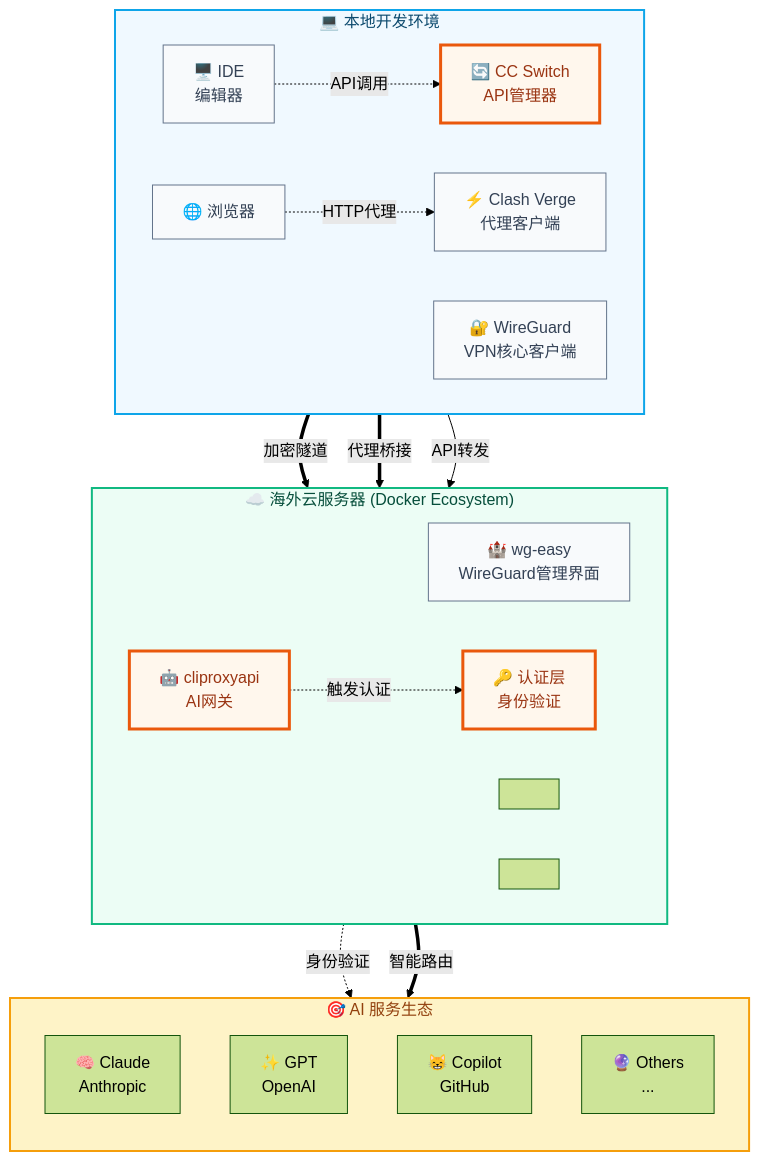
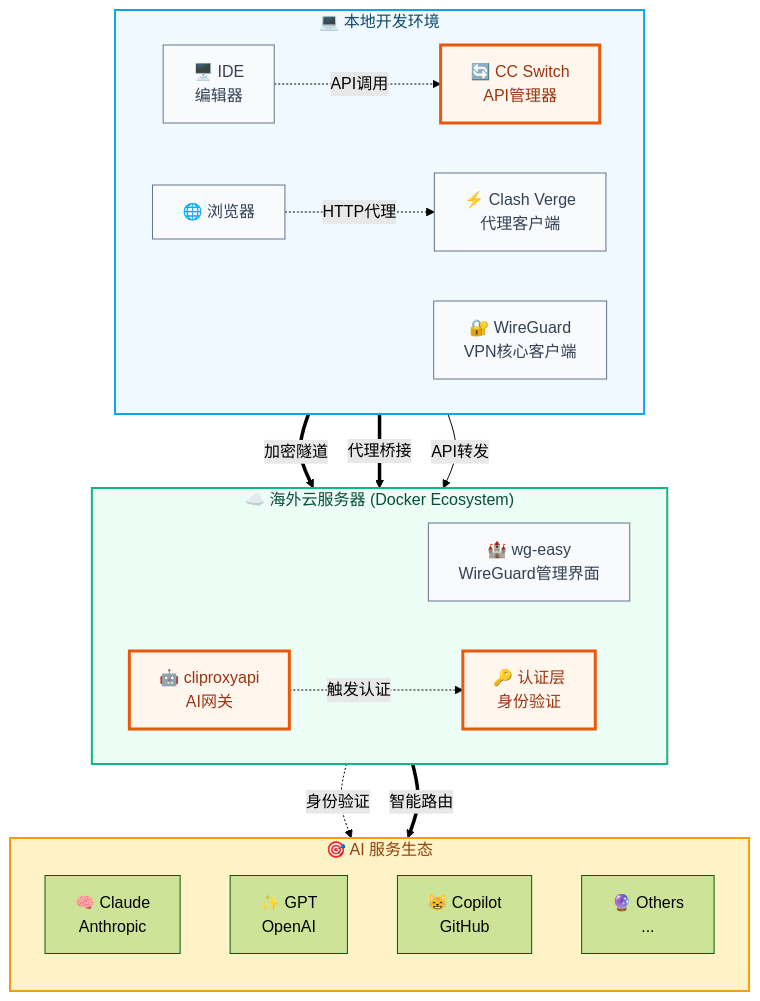
The diagram in docs/_posts/overseas-dev-environment.md (zhaofutao04/zblog), drawn with Mermaid (forest theme) before and after one commit.

````diff
--- a/docs/_posts/overseas-dev-environment.md
+++ b/docs/_posts/overseas-dev-environment.md
@@ -40,62 +40,60 @@
 ```mermaid
 flowchart TB
 
     %% ========== 本地开发环境 ==========
     subgraph Local["💻 本地开发环境"]
         direction LR
         IDE["🖥️ IDE<br/>编辑器"]
         Browser["🌐 浏览器"]
         CCSwitch["🔄 CC Switch<br/>API管理器"]
         Clash["⚡ Clash Verge<br/>代理客户端"]
         WGClient["🔐 WireGuard<br/>VPN核心客户端"]
     end
 
     %% ========== 海外云服务器 ==========
     subgraph Cloud["☁️ 海外云服务器 (Docker Ecosystem)"]
         direction LR
         WGServer["🏰 wg-easy<br/>WireGuard管理界面"]
         ApiGateway["🤖 cliproxyapi<br/>AI网关"]
         AuthLayer["🔑 认证层<br/>身份验证"]
-        CloudSpacer1[" "]
-        CloudSpacer2[" "]
     end
 
     %% ========== AI 服务生态 ==========
     subgraph AIEcosystem["🎯 AI 服务生态"]
         direction TB
         Claude["🧠 Claude<br/>Anthropic"]
         OpenAI["✨ GPT<br/>OpenAI"]
         Copilot["😸 Copilot<br/>GitHub"]
         Others["🔮 Others<br/>..."]
     end
 
     %% ========== 连接关系 ==========
     %% 开发层连接
     IDE -.->|API调用| CCSwitch
     Browser -.->|HTTP代理| Clash
 
     %% 网络层连接
     WGClient ==>|加密隧道| WGServer
     Clash ==>|代理桥接| WGServer
 
     %% 代理层连接
     CCSwitch -->|API转发| ApiGateway
     ApiGateway -.->|触发认证| AuthLayer
 
     %% 服务层连接
     AuthLayer -.->|身份验证| AIEcosystem
     ApiGateway ==>|智能路由| AIEcosystem
 
     %% ========== 视觉样式 ==========
     classDef localStyle fill:#f0f9ff,stroke:#0ea5e9,stroke-width:2px,color:#0c4a6e
     classDef cloudStyle fill:#ecfdf5,stroke:#10b981,stroke-width:2px,color:#064e3b
     classDef aiStyle fill:#fef3c7,stroke:#f59e0b,stroke-width:2px,color:#92400e
     classDef coreComponent fill:#fff7ed,stroke:#ea580c,stroke-width:3px,color:#9a3412
     classDef devTool fill:#f8fafc,stroke:#64748b,stroke-width:1px,color:#334155
 
     class Local localStyle
     class Cloud cloudStyle
     class AIEcosystem aiStyle
     class CCSwitch,ApiGateway,AuthLayer coreComponent
     class IDE,Browser,Clash,WGClient,WGServer devTool
 ```
````
